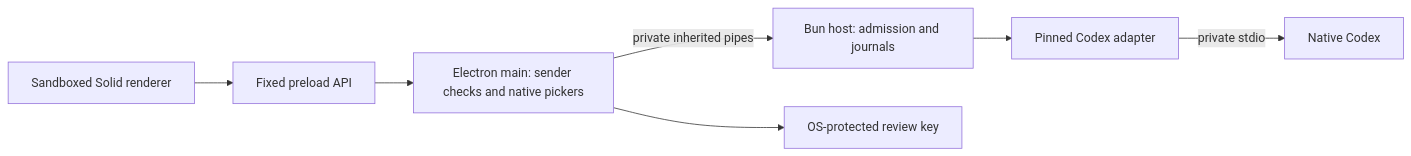
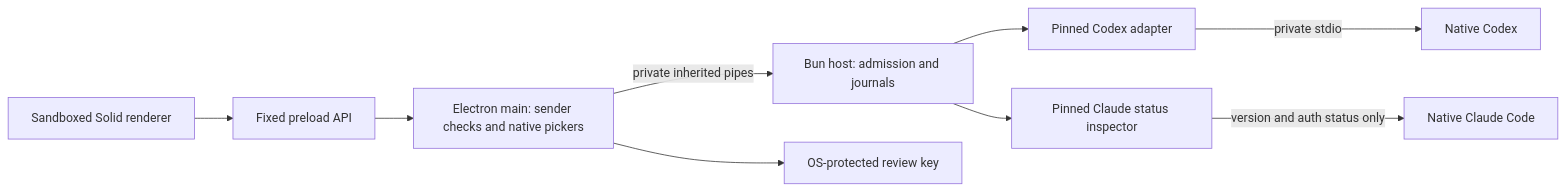
Before and after one commit to Amjed1202/opencode: the diagram in DESKTOP.md, drawn with Mermaid. The commit also changed other lines of this file and 49 other files, not shown here.

Commit message:
feat(claude): add native status checks and desktop runtime selection

````diff
--- a/DESKTOP.md
+++ b/DESKTOP.md
@@ -41,9 +49,11 @@
 ```mermaid
 flowchart LR
   UI[Sandboxed Solid renderer] --> Bridge[Fixed preload API]
   Bridge --> Main[Electron main: sender checks and native pickers]
   Main -->|private inherited pipes| Host[Bun host: admission and journals]
   Main --> Vault[OS-protected review key]
   Host --> Adapter[Pinned Codex adapter]
   Adapter -->|private stdio| Native[Native Codex]
+  Host --> Claude[Pinned Claude status inspector]
+  Claude -->|version and auth status only| ClaudeNative[Native Claude Code]
 ```
````
